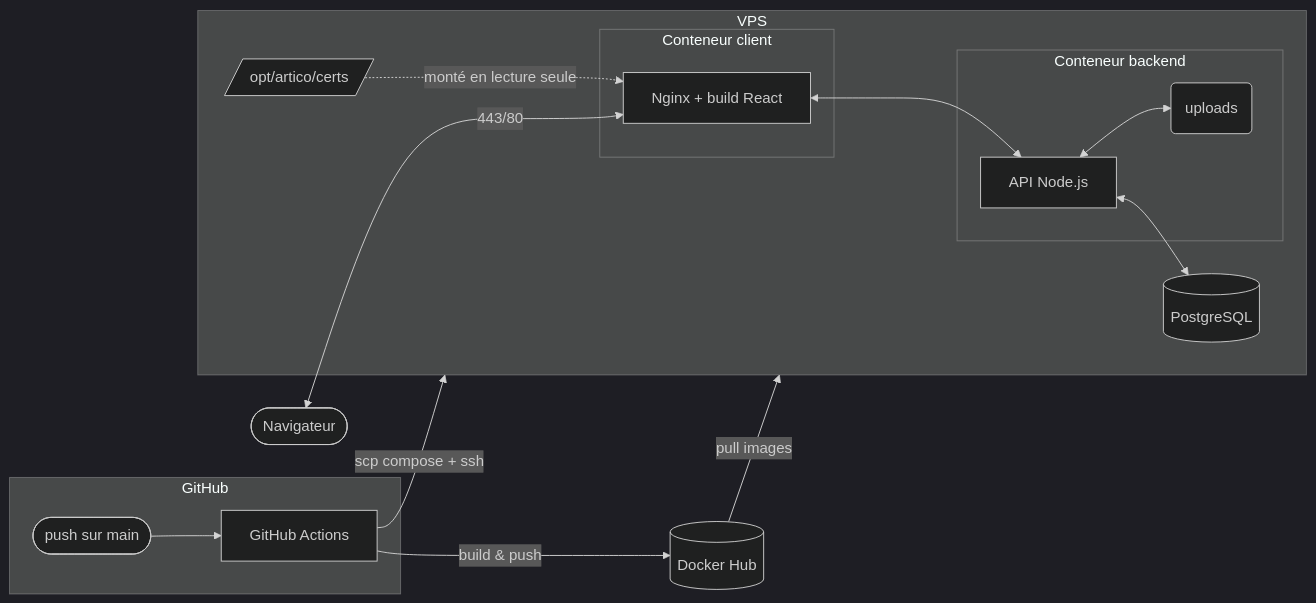
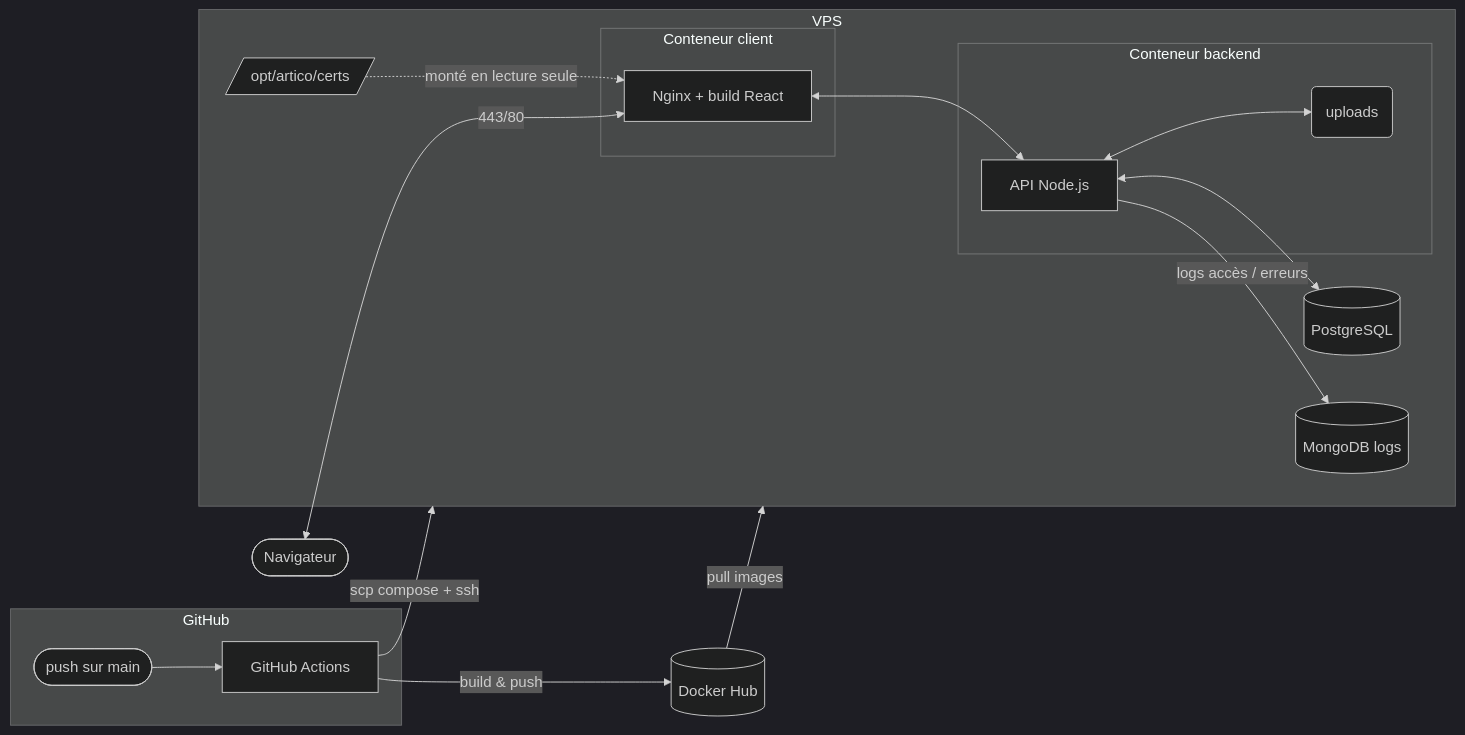
The diagram in README.md (ValentinNeffCCI/ArtiCo), drawn with Mermaid (dark theme) before and after one commit. The commit also changed other lines of this file and 72 other files, not shown here.

````diff
--- a/README.md
+++ b/README.md
@@ -34,28 +37,30 @@
 ```mermaid
 graph LR
     subgraph GitHub
         PUSH([push sur main]) --> GHA[GitHub Actions]
     end
 
     GHA -->|build & push| HUB[(Docker Hub)]
     GHA -->|scp compose + ssh| VPS
 
     subgraph VPS
         subgraph client[Conteneur client]
             NGINX[Nginx + build React]
         end
         subgraph back[Conteneur backend]
             API[API Node.js]
             UPLOADS(uploads)
         end
         DB[(PostgreSQL)]
+        LOGS[(MongoDB logs)]
         CERTS[/opt/artico/certs/]
     end
 
     HUB -->|pull images| VPS
     NGINX <--> API
     API <--> DB
+    API -->|logs accès / erreurs| LOGS
     API <--> UPLOADS
     CERTS -. monté en lecture seule .-> NGINX
     NAVIGATEUR([Navigateur]) <-->|443/80| NGINX
 ```
````
